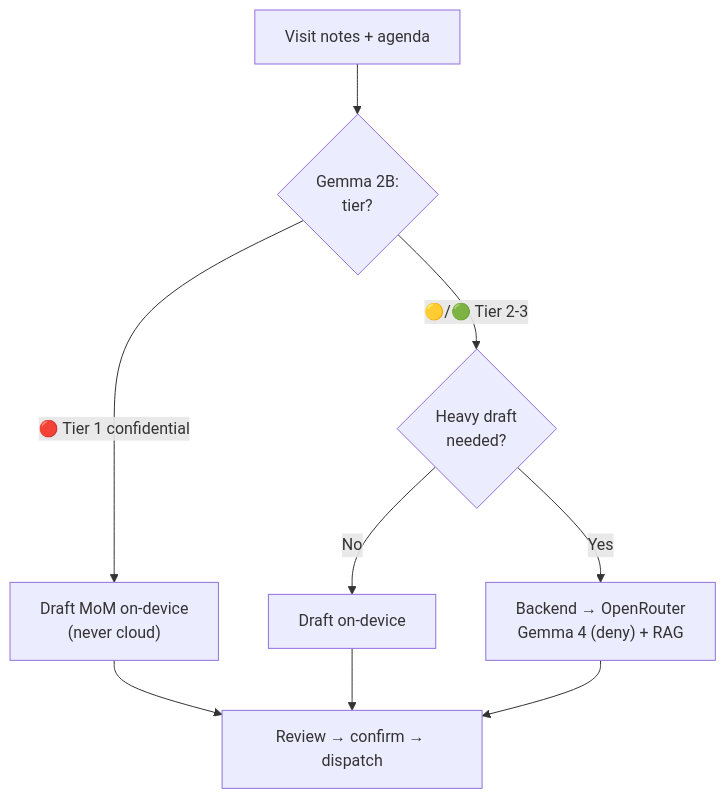
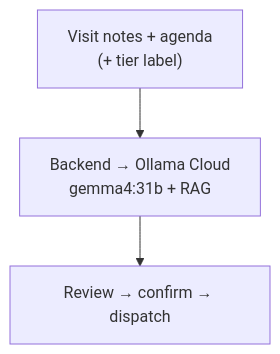
Before and after one commit to ThomasHeinThura/one-assistant: the diagram in docs/05-workflow.md, drawn with Mermaid. The commit also changed other lines of this file and 34 other files, not shown here.

First line of the commit message:
Switch AI to Ollama Cloud only; remove all on-device/SLM paths

````diff
--- a/docs/05-workflow.md
+++ b/docs/05-workflow.md
@@ -82,11 +83,5 @@
 ```mermaid
 flowchart TD
-  A["Visit notes + agenda"] --> B{"Gemma 2B:<br/>tier?"}
-  B -->|🔴 Tier 1 confidential| C["Draft MoM on-device<br/>(never cloud)"]
-  B -->|🟡/🟢 Tier 2-3| D{"Heavy draft<br/>needed?"}
-  D -->|No| E["Draft on-device"]
-  D -->|Yes| F["Backend → OpenRouter<br/>Gemma 4 (deny) + RAG"]
-  C --> G["Review → confirm → dispatch"]
-  E --> G
-  F --> G
+  A["Visit notes + agenda<br/>(+ tier label)"] --> F["Backend → Ollama Cloud<br/>gemma4:31b + RAG"]
+  F --> G["Review → confirm → dispatch"]
 ```
````
